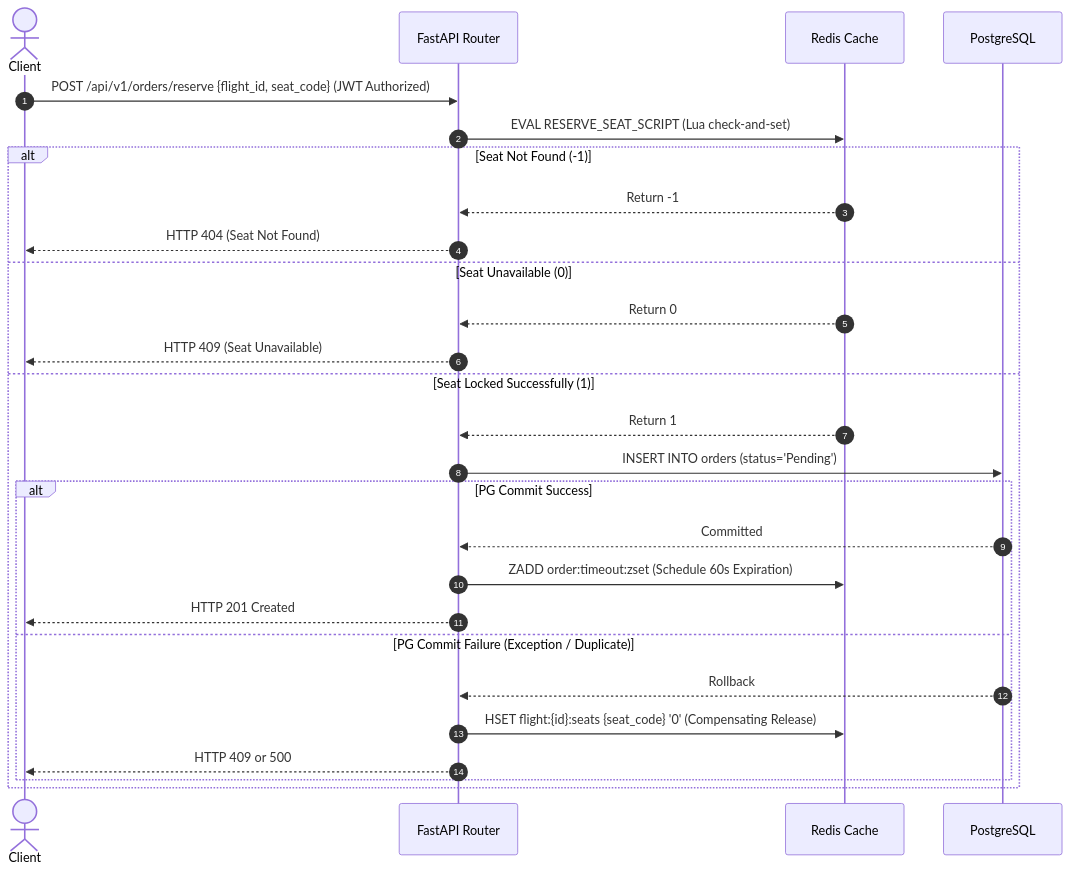
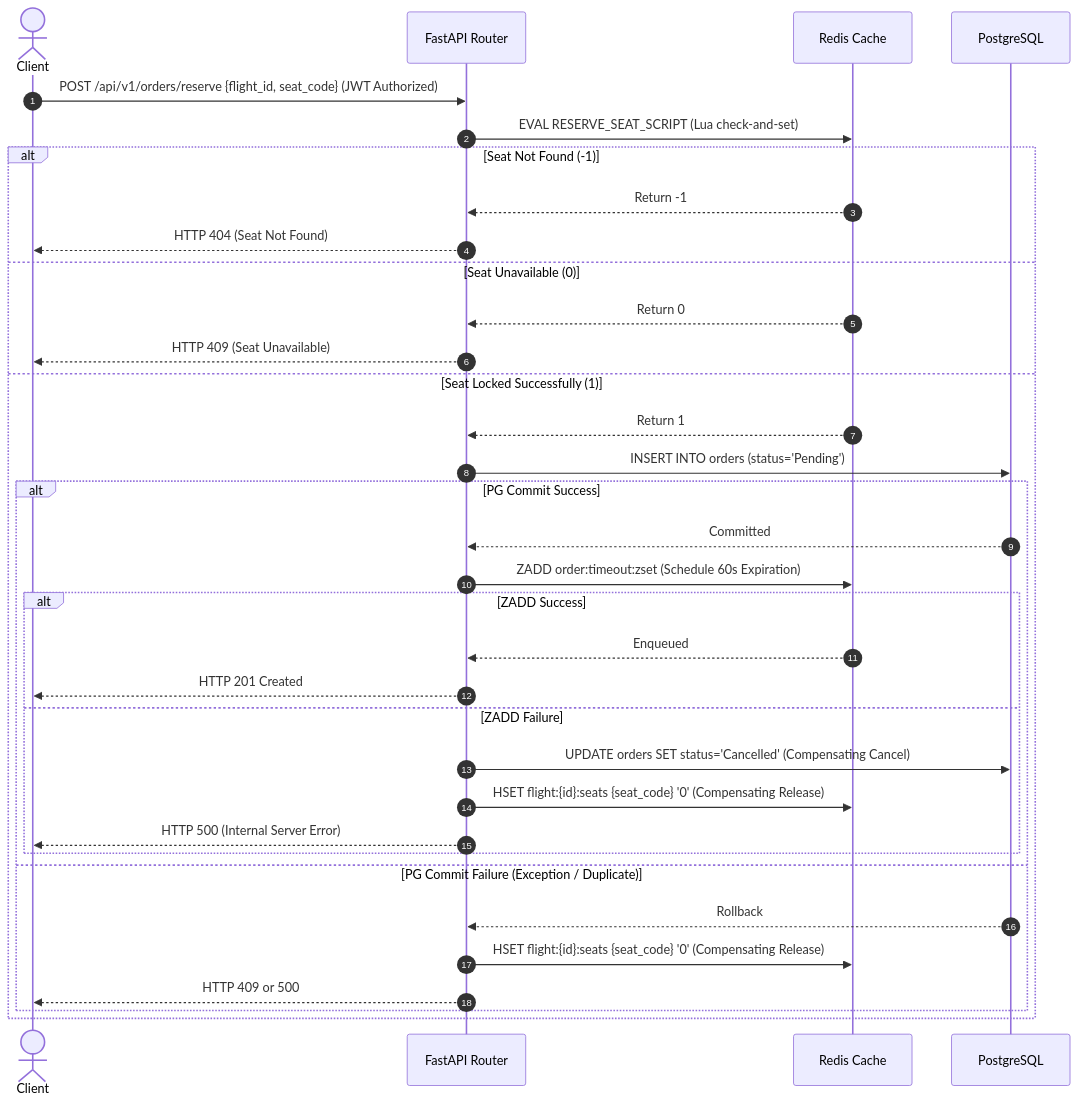
Before and after one commit to DEM-YU/flight_backend_project: the first of 2 diagrams in README.md, drawn with Mermaid. The commit also changed other lines of this file and 3 other files, not shown here.

````diff
--- a/README.md
+++ b/README.md
@@ -94,30 +94,37 @@
 ```mermaid
 sequenceDiagram
     autonumber
     actor Client
     participant API as FastAPI Router
     participant Redis as Redis Cache
     participant DB as PostgreSQL
 
     Client->>API: POST /api/v1/orders/reserve {flight_id, seat_code} (JWT Authorized)
     API->>Redis: EVAL RESERVE_SEAT_SCRIPT (Lua check-and-set)
     alt Seat Not Found (-1)
         Redis-->>API: Return -1
         API-->>Client: HTTP 404 (Seat Not Found)
     else Seat Unavailable (0)
         Redis-->>API: Return 0
         API-->>Client: HTTP 409 (Seat Unavailable)
     else Seat Locked Successfully (1)
         Redis-->>API: Return 1
         API->>DB: INSERT INTO orders (status='Pending')
         alt PG Commit Success
             DB-->>API: Committed
             API->>Redis: ZADD order:timeout:zset (Schedule 60s Expiration)
-            API-->>Client: HTTP 201 Created
+            alt ZADD Success
+                Redis-->>API: Enqueued
+                API-->>Client: HTTP 201 Created
+            else ZADD Failure
+                API->>DB: UPDATE orders SET status='Cancelled' (Compensating Cancel)
+                API->>Redis: HSET flight:{id}:seats {seat_code} '0' (Compensating Release)
+                API-->>Client: HTTP 500 (Internal Server Error)
+            end
         else PG Commit Failure (Exception / Duplicate)
             DB-->>API: Rollback
             API->>Redis: HSET flight:{id}:seats {seat_code} '0' (Compensating Release)
             API-->>Client: HTTP 409 or 500
         end
     end
 ```
````
